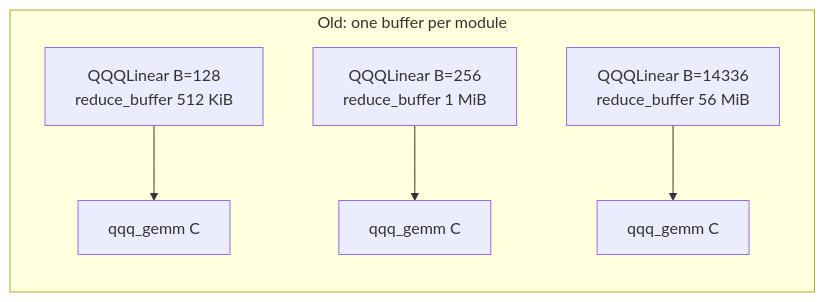
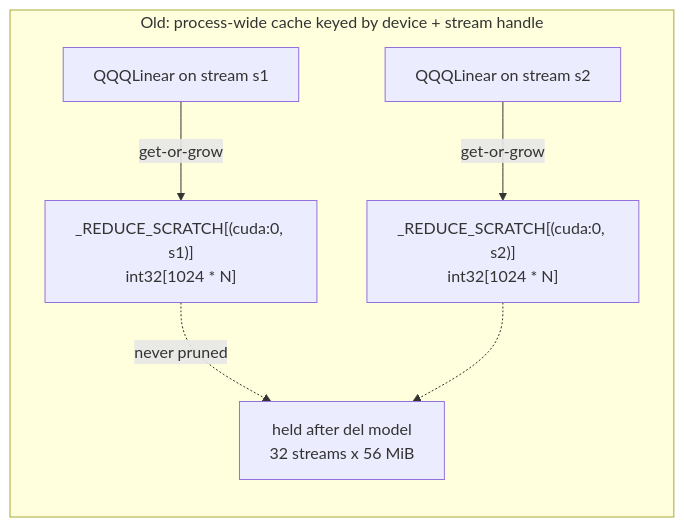
One commit to ModelCloud/GPTQModel changed the first of 6 diagrams in docs/kernel-scratch-lifecycle.md. Above: the diagram before and after it, drawn with Mermaid. The commit also changed other lines of this file and 5 other files, not shown here.

First line of the commit message:
fix(qqq): allocate the reduce scratch per call instead of caching it (#4621)

````diff
--- a/docs/kernel-scratch-lifecycle.md
+++ b/docs/kernel-scratch-lifecycle.md
@@ -19,8 +28,9 @@
 ```mermaid
 flowchart LR
-    subgraph OLD["Old: one buffer per module"]
-        L1["QQQLinear B=128<br/>reduce_buffer 512 KiB"] --> K1["qqq_gemm C"]
-        L2["QQQLinear B=256<br/>reduce_buffer 1 MiB"] --> K2["qqq_gemm C"]
-        L3["QQQLinear B=14336<br/>reduce_buffer 56 MiB"] --> K3["qqq_gemm C"]
+    subgraph OLD["Old: process-wide cache keyed by device + stream handle"]
+        L1["QQQLinear on stream s1"] -->|"get-or-grow"| R1["_REDUCE_SCRATCH[(cuda:0, s1)]<br/>int32[1024 * N]"]
+        L2["QQQLinear on stream s2"] -->|"get-or-grow"| R2["_REDUCE_SCRATCH[(cuda:0, s2)]<br/>int32[1024 * N]"]
+        R1 -.->|"never pruned"| LEAK["held after del model<br/>32 streams x 56 MiB"]
+        R2 -.-> LEAK
     end
 ```
````
